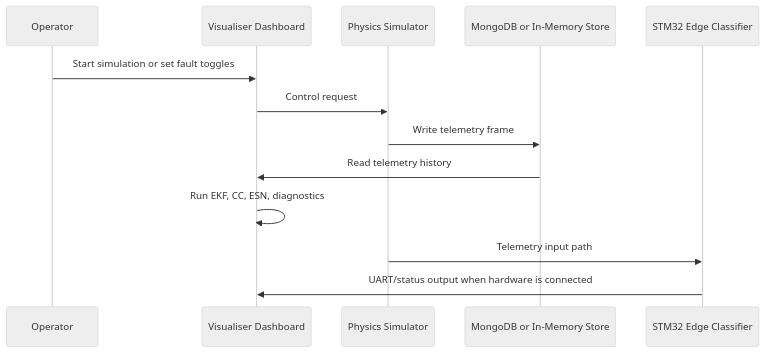
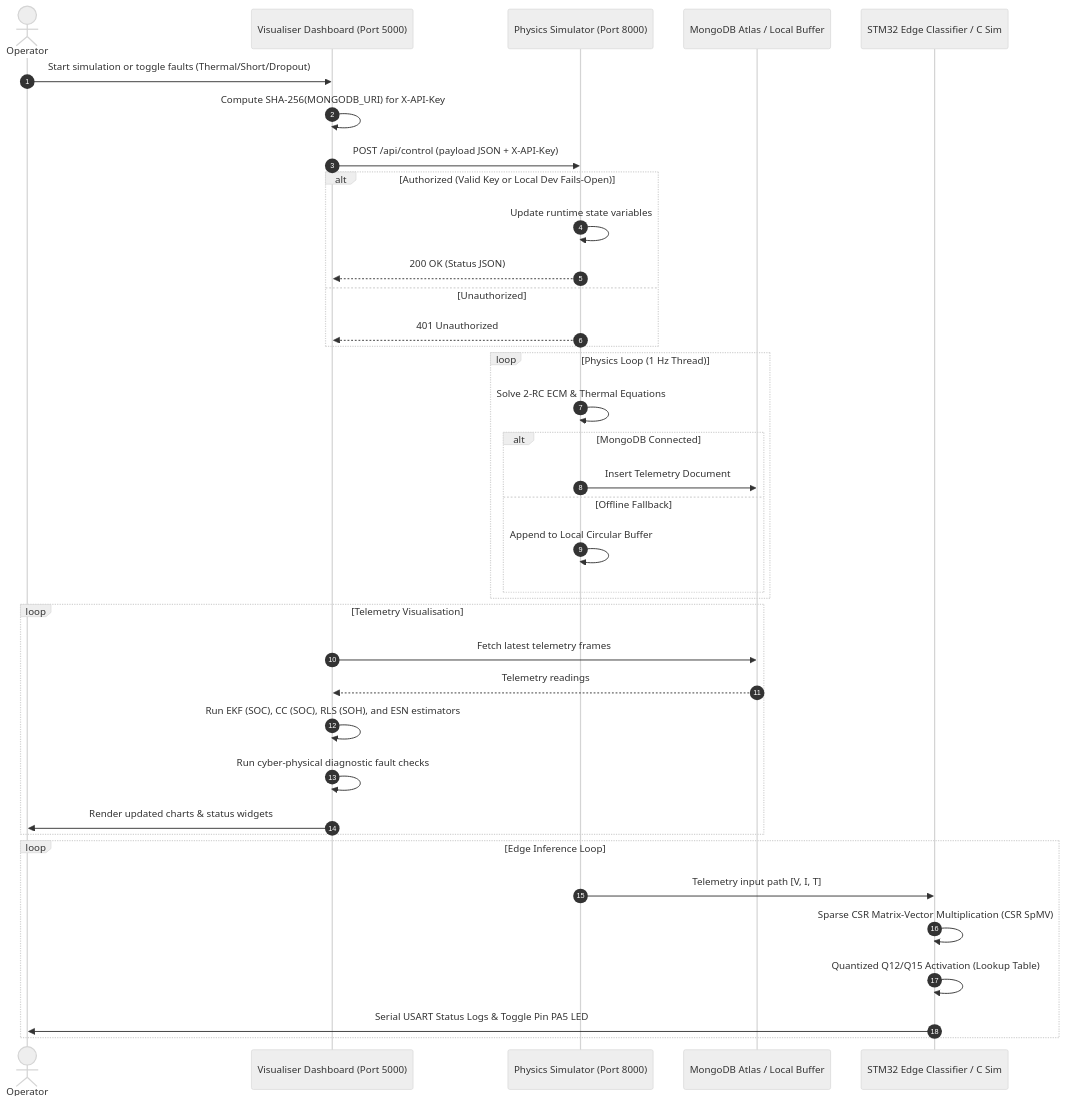
The diagram in docs/system_specification.md (tanish-jain-225/Battery_State_Estimator_BE_Project_2026_2027), drawn with Mermaid (neutral theme) before and after one commit. The commit also changed other lines of this file and 13 other files, not shown here.

````diff
--- a/docs/system_specification.md
+++ b/docs/system_specification.md
@@ -25,16 +31,43 @@
 ```mermaid
 sequenceDiagram
-    participant Operator
-    participant Dashboard as Visualiser Dashboard
-    participant Simulator as Physics Simulator
-    participant Store as MongoDB or In-Memory Store
-    participant Edge as STM32 Edge Classifier
+    autonumber
+    actor Operator
+    participant Dashboard as Visualiser Dashboard (Port 5000)
+    participant Simulator as Physics Simulator (Port 8000)
+    participant DB as MongoDB Atlas / Local Buffer
+    participant Edge as STM32 Edge Classifier / C Sim
 
-    Operator->>Dashboard: Start simulation or set fault toggles
-    Dashboard->>Simulator: Control request
-    Simulator->>Store: Write telemetry frame
-    Store->>Dashboard: Read telemetry history
-    Dashboard->>Dashboard: Run EKF, CC, ESN, diagnostics
-    Simulator->>Edge: Telemetry input path
-    Edge->>Dashboard: UART/status output when hardware is connected
+    Operator->>Dashboard: Start simulation or toggle faults (Thermal/Short/Dropout)
+    Dashboard->>Dashboard: Compute SHA-256(MONGODB_URI) for X-API-Key
+    Dashboard->>Simulator: POST /api/control (payload JSON + X-API-Key)
+    alt Authorized (Valid Key or Local Dev Fails-Open)
+        Simulator->>Simulator: Update runtime state variables
+        Simulator-->>Dashboard: 200 OK (Status JSON)
+    else Unauthorized
+        Simulator-->>Dashboard: 401 Unauthorized
+    end
+    
+    loop Physics Loop (1 Hz Thread)
+        Simulator->>Simulator: Solve 2-RC ECM & Thermal Equations
+        alt MongoDB Connected
+            Simulator->>DB: Insert Telemetry Document
+        else Offline Fallback
+            Simulator->>Simulator: Append to Local Circular Buffer
+        end
+    end
+
+    loop Telemetry Visualisation
+        Dashboard->>DB: Fetch latest telemetry frames
+        DB-->>Dashboard: Telemetry readings
+        Dashboard->>Dashboard: Run EKF (SOC), CC (SOC), RLS (SOH), and ESN estimators
+        Dashboard->>Dashboard: Run cyber-physical diagnostic fault checks
+        Dashboard->>Operator: Render updated charts & status widgets
+    end
+
+    loop Edge Inference Loop
+        Simulator->>Edge: Telemetry input path [V, I, T]
+        Edge->>Edge: Sparse CSR Matrix-Vector Multiplication (CSR SpMV)
+        Edge->>Edge: Quantized Q12/Q15 Activation (Lookup Table)
+        Edge->>Operator: Serial USART Status Logs & Toggle Pin PA5 LED
+    end
 ```
````
